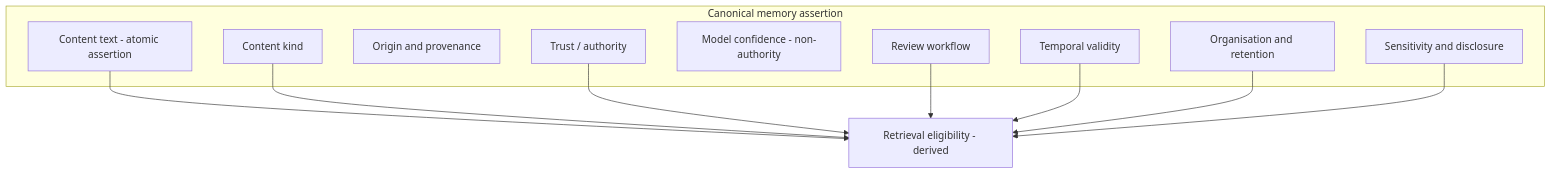
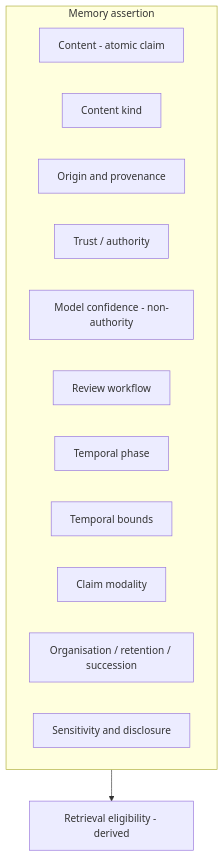
One commit to NicolVii/ContextVault changed the first of 9 diagrams in docs/memory-system/08-memory-model.md. Above: the diagram before and after it, drawn with Mermaid. The commit also changed other lines of this file, not shown here.

First line of the commit message:
docs: refine Stage 8 memory model

````diff
--- a/docs/memory-system/08-memory-model.md
+++ b/docs/memory-system/08-memory-model.md
@@ -247,23 +264,19 @@
 ```mermaid
 flowchart TB
-  subgraph Memory["Canonical memory assertion"]
-    Content[Content text - atomic assertion]
+  subgraph Assertion["Memory assertion"]
+    Content[Content - atomic claim]
     Kind[Content kind]
     Origin[Origin and provenance]
     Trust[Trust / authority]
     Conf[Model confidence - non-authority]
     Review[Review workflow]
-    Validity[Temporal validity]
-    Life[Organisation and retention]
+    Phase[Temporal phase]
+    Bounds[Temporal bounds]
+    Modality[Claim modality]
+    Life[Organisation / retention / succession]
     Sens[Sensitivity and disclosure]
   end
 
   Eligibility[Retrieval eligibility - derived]
-  Content --> Eligibility
-  Kind --> Eligibility
-  Trust --> Eligibility
-  Review --> Eligibility
-  Validity --> Eligibility
-  Life --> Eligibility
-  Sens --> Eligibility
+  Assertion --> Eligibility
 ```
````
